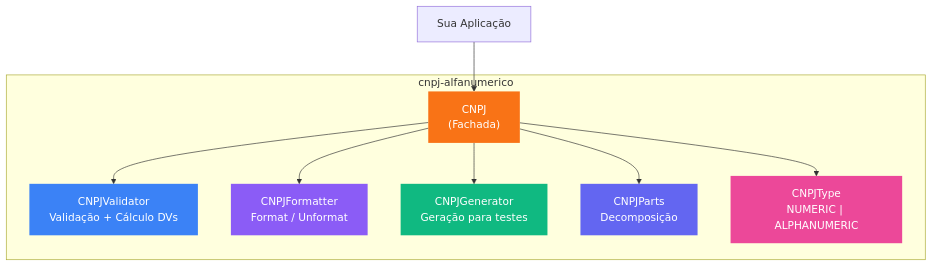
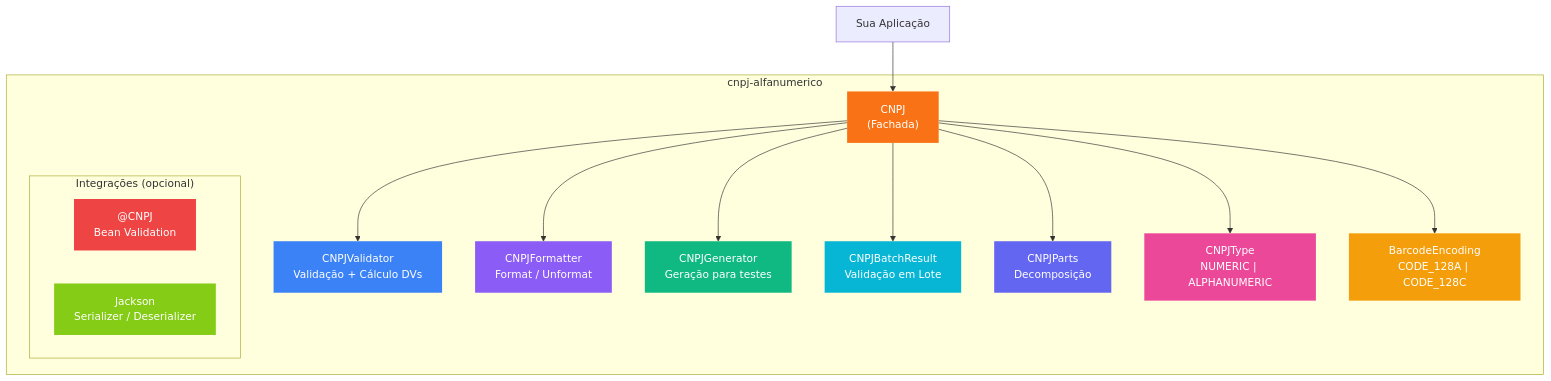
The diagram in README.md (JohnPitter/cnpj-alfanumerico), drawn with Mermaid before and after one commit. The commit also changed other lines of this file and 12 other files, not shown here.

First line of the commit message:
feat: add comparison, masking, batch validation, barcode, branches, bean validation, jackson (#5)

````diff
--- a/README.md
+++ b/README.md
@@ -45,21 +53,32 @@
 ```mermaid
 graph TB
     subgraph Lib["cnpj-alfanumerico"]
         FACADE["CNPJ<br/>(Fachada)"]
 
         FACADE --> VALIDATOR["CNPJValidator<br/>Validação + Cálculo DVs"]
         FACADE --> FORMATTER["CNPJFormatter<br/>Format / Unformat"]
         FACADE --> GENERATOR["CNPJGenerator<br/>Geração para testes"]
+        FACADE --> BATCH["CNPJBatchResult<br/>Validação em Lote"]
         FACADE --> PARTS["CNPJParts<br/>Decomposição"]
         FACADE --> TYPE["CNPJType<br/>NUMERIC | ALPHANUMERIC"]
+        FACADE --> BARCODE["BarcodeEncoding<br/>CODE_128A | CODE_128C"]
+
+        subgraph Integrations["Integrações (opcional)"]
+            ANNOTATION["@CNPJ<br/>Bean Validation"]
+            JACKSON["Jackson<br/>Serializer / Deserializer"]
+        end
     end
 
     APP["Sua Aplicação"] --> FACADE
 
     style FACADE fill:#F97316,color:#fff,stroke:none
     style VALIDATOR fill:#3B82F6,color:#fff,stroke:none
     style FORMATTER fill:#8B5CF6,color:#fff,stroke:none
     style GENERATOR fill:#10B981,color:#fff,stroke:none
+    style BATCH fill:#06B6D4,color:#fff,stroke:none
     style PARTS fill:#6366F1,color:#fff,stroke:none
     style TYPE fill:#EC4899,color:#fff,stroke:none
+    style BARCODE fill:#F59E0B,color:#fff,stroke:none
+    style ANNOTATION fill:#EF4444,color:#fff,stroke:none
+    style JACKSON fill:#84CC16,color:#fff,stroke:none
 ```
````
